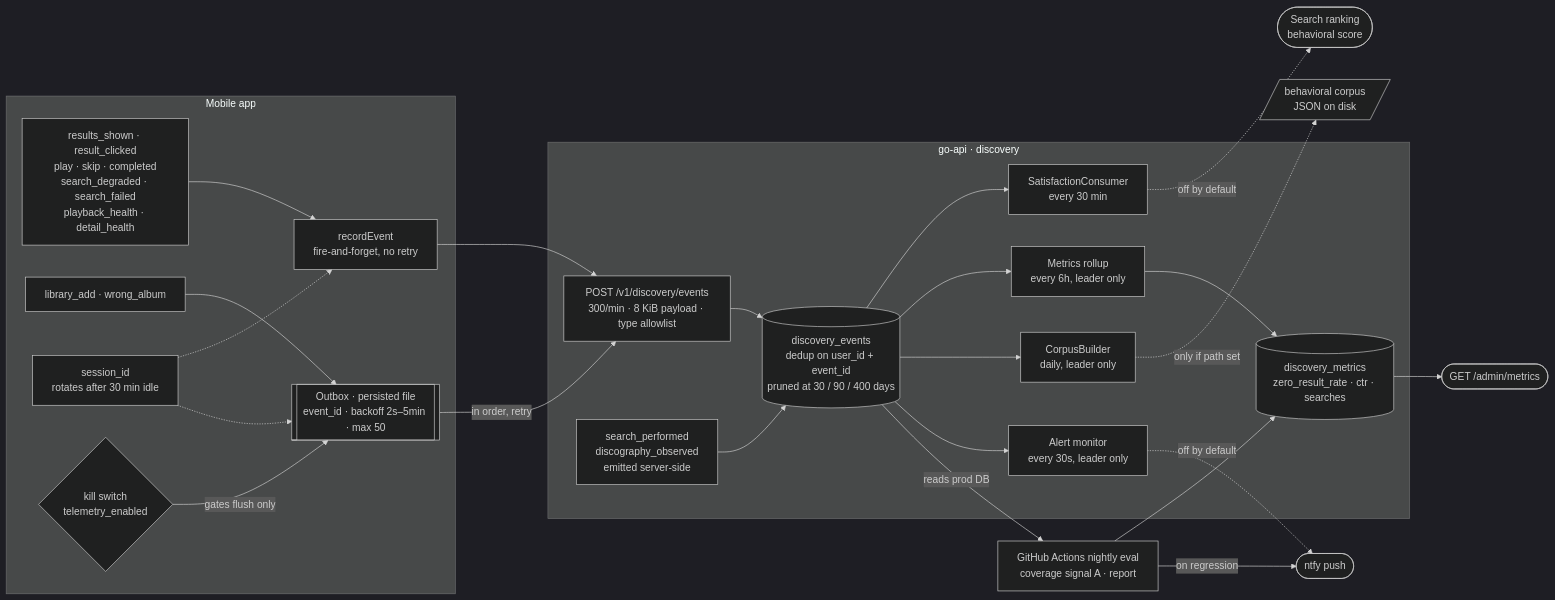
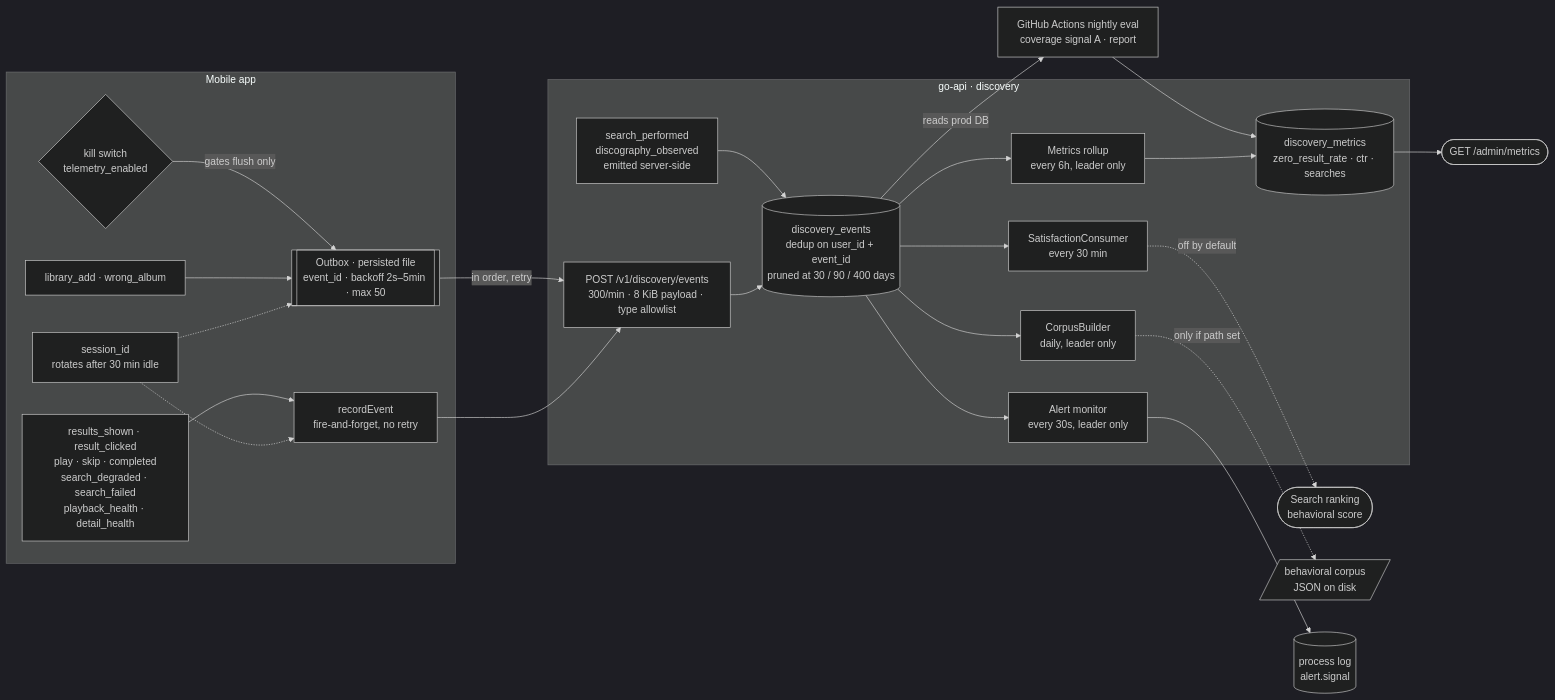
One commit to aleburrascano/altune changed the first of 2 diagrams in docs/diagrams/telemetry.md. Above: the diagram before and after it, drawn with Mermaid (dark theme). The commit also changed other lines of this file and 22 other files, not shown here.

First line of the commit message:
chore(go-api): remove ntfy alert push, log alerts instead (#2795)

````diff
--- a/docs/diagrams/telemetry.md
+++ b/docs/diagrams/telemetry.md
@@ -7,43 +7,42 @@
 ```mermaid
 flowchart LR
     subgraph app [Mobile app]
         emitters["results_shown · result_clicked<br/>play · skip · completed<br/>search_degraded · search_failed<br/>playback_health · detail_health"]
         critical["library_add · wrong_album"]
         session["session_id<br/>rotates after 30 min idle"]
         ff["recordEvent<br/>fire-and-forget, no retry"]
         outbox[["Outbox · persisted file<br/>event_id · backoff 2s–5min · max 50"]]
         ks{"kill switch<br/>telemetry_enabled"}
     end
 
     subgraph api [go-api · discovery]
         ingest["POST /v1/discovery/events<br/>300/min · 8 KiB payload · type allowlist"]
         server_emit["search_performed<br/>discography_observed<br/>emitted server-side"]
         events[("discovery_events<br/>dedup on user_id + event_id<br/>pruned at 30 / 90 / 400 days")]
         sat["SatisfactionConsumer<br/>every 30 min"]
         rollup["Metrics rollup<br/>every 6h, leader only"]
         corpus["CorpusBuilder<br/>daily, leader only"]
         alert["Alert monitor<br/>every 30s, leader only"]
         metrics[("discovery_metrics<br/>zero_result_rate · ctr · searches")]
     end
 
     ranking(["Search ranking<br/>behavioral score"])
     corpusfile[/"behavioral corpus<br/>JSON on disk"/]
     adminm(["GET /admin/metrics"])
-    ntfy(["ntfy push"])
+    logs[("process log<br/>alert.signal")]
     nightly["GitHub Actions nightly eval<br/>coverage signal A · report"]
 
     session -.-> ff & outbox
     emitters --> ff --> ingest
     critical --> outbox
     ks -->|gates flush only| outbox
     outbox -->|in order, retry| ingest
     ingest --> events
     server_emit --> events
     events --> sat -.->|off by default| ranking
     events --> rollup --> metrics --> adminm
     events --> corpus -.->|only if path set| corpusfile
-    events --> alert -.->|off by default| ntfy
+    events --> alert --> logs
     events -->|reads prod DB| nightly
     nightly --> metrics
-    nightly -->|on regression| ntfy
 ```
````
